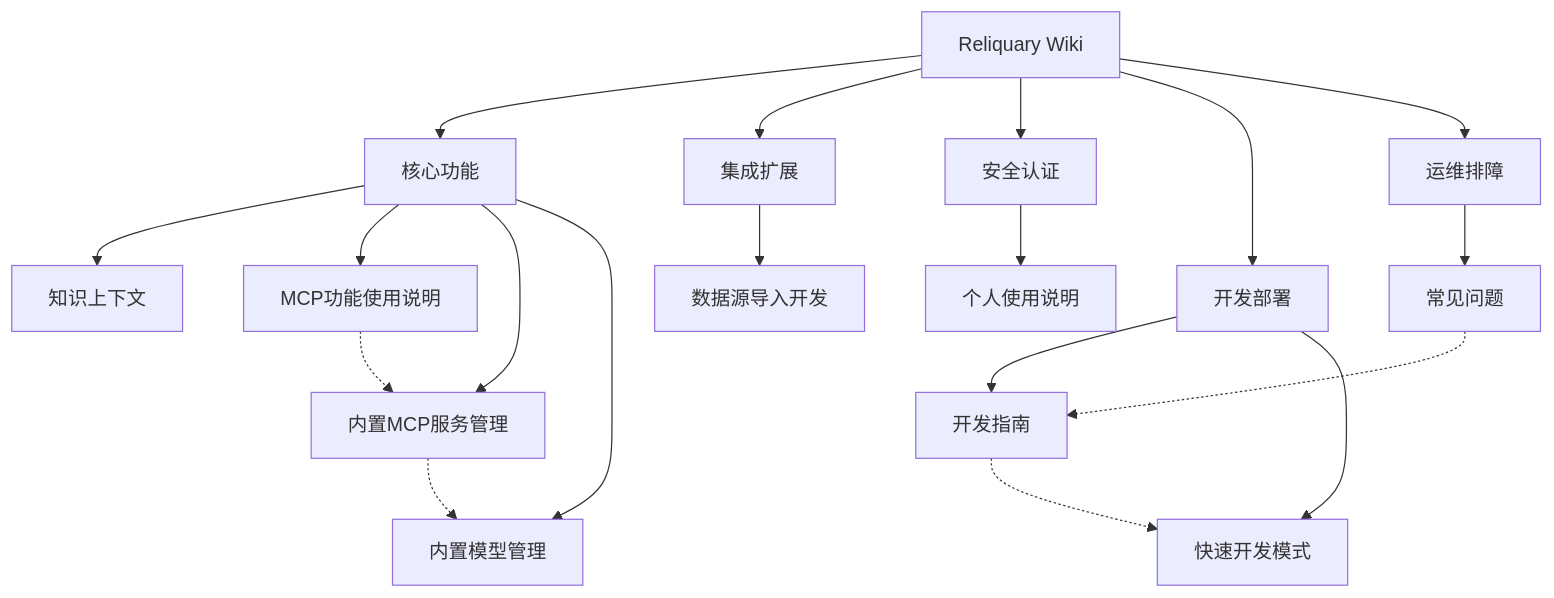
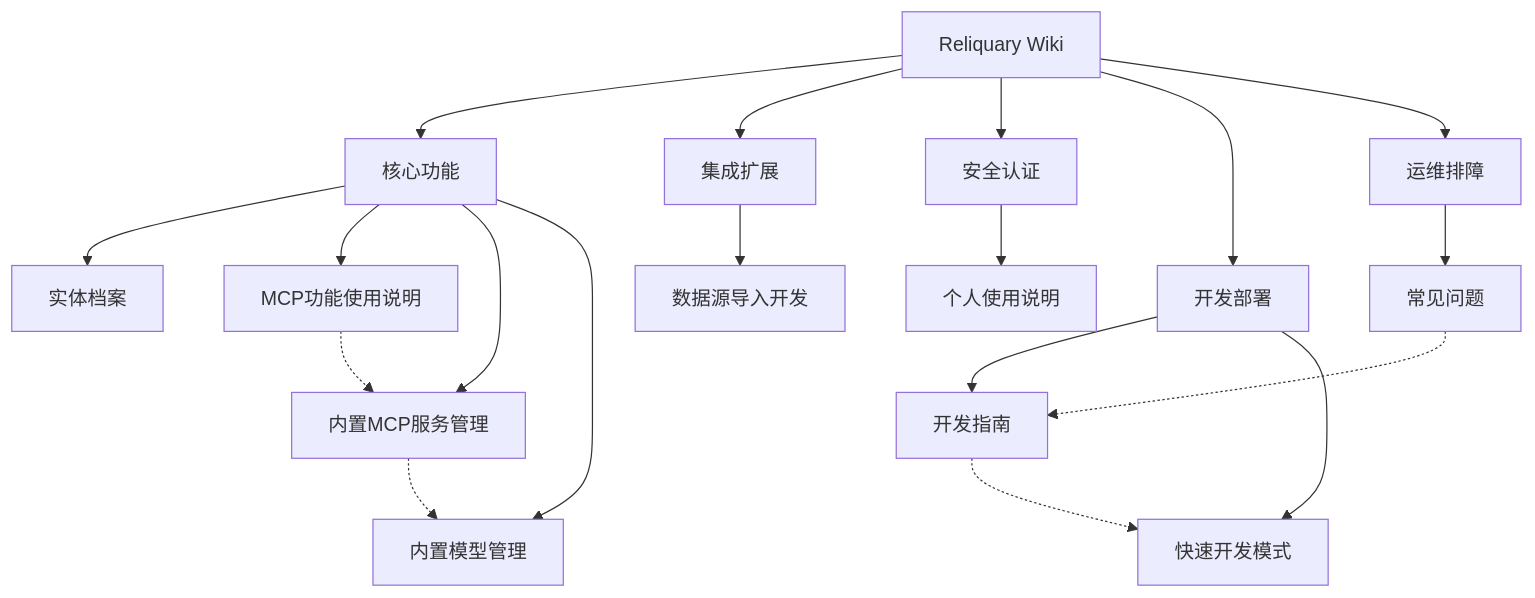
Before and after one commit to Dikui/Reliquary: the diagram in docs/wiki/Home.md, drawn with Mermaid. The commit also changed other lines of this file and 279 other files, not shown here.

````diff
--- a/docs/wiki/Home.md
+++ b/docs/wiki/Home.md
@@ -48,30 +48,30 @@
 ```mermaid
 graph TB
     Home[Reliquary Wiki]
     Home --> 核心功能
     Home --> 集成扩展
     Home --> 安全认证
     Home --> 开发部署
     Home --> 运维排障
 
 
-    核心功能 --> KG[知识上下文]
+    核心功能 --> KG[实体档案]
     核心功能 --> MCP[MCP功能使用说明]
     核心功能 --> BuiltinMCP[内置MCP服务管理]
     核心功能 --> BuiltinModel[内置模型管理]
 
     集成扩展 --> DS[数据源导入开发]
 
     安全认证 --> Personal[个人使用说明]
 
     开发部署 --> DevGuide[开发指南]
     开发部署 --> QuickDev[快速开发模式]
 
     运维排障 --> FAQ[常见问题]
 
 
     MCP -.-> BuiltinMCP
     BuiltinMCP -.-> BuiltinModel
     DevGuide -.-> QuickDev
     FAQ -.-> DevGuide
 ```
````
